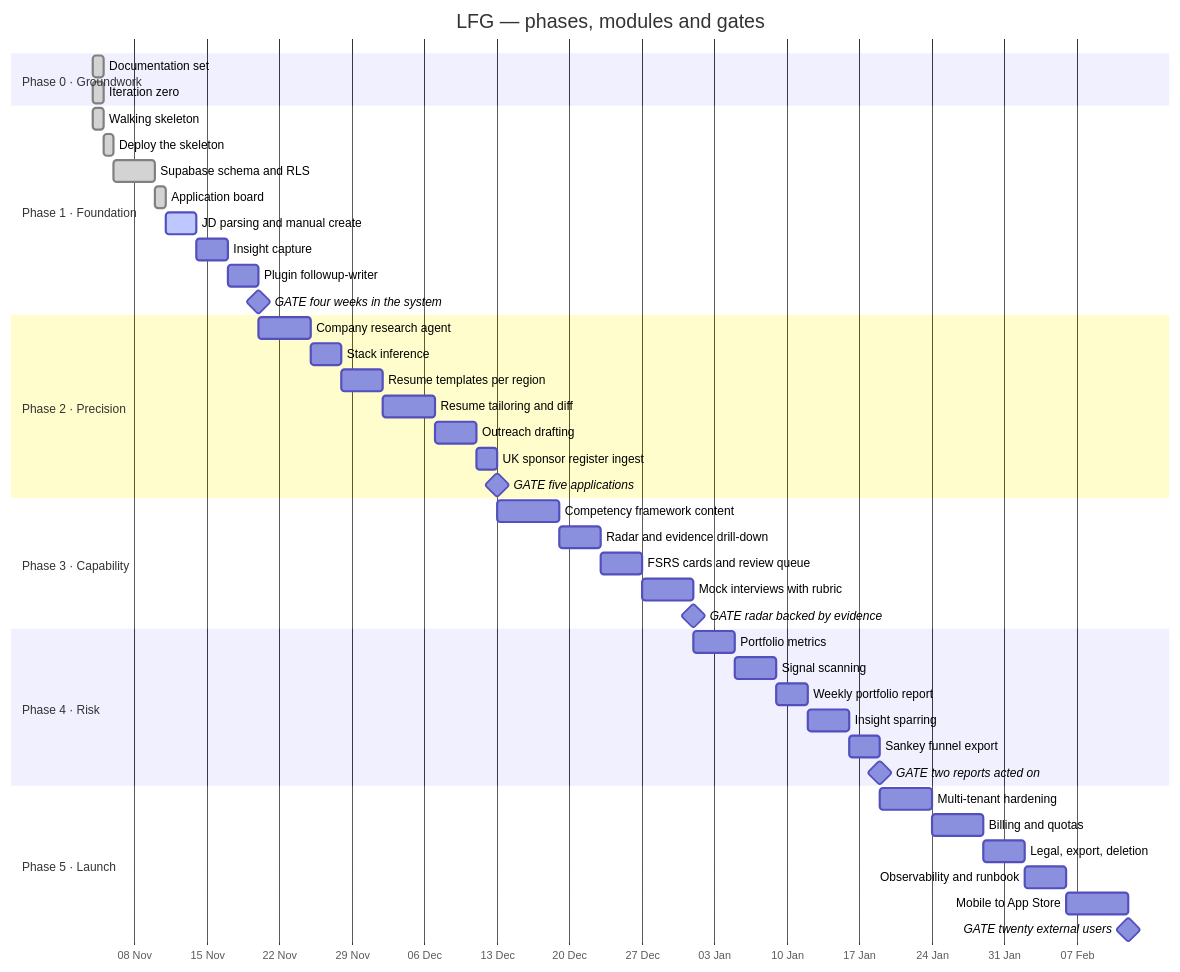
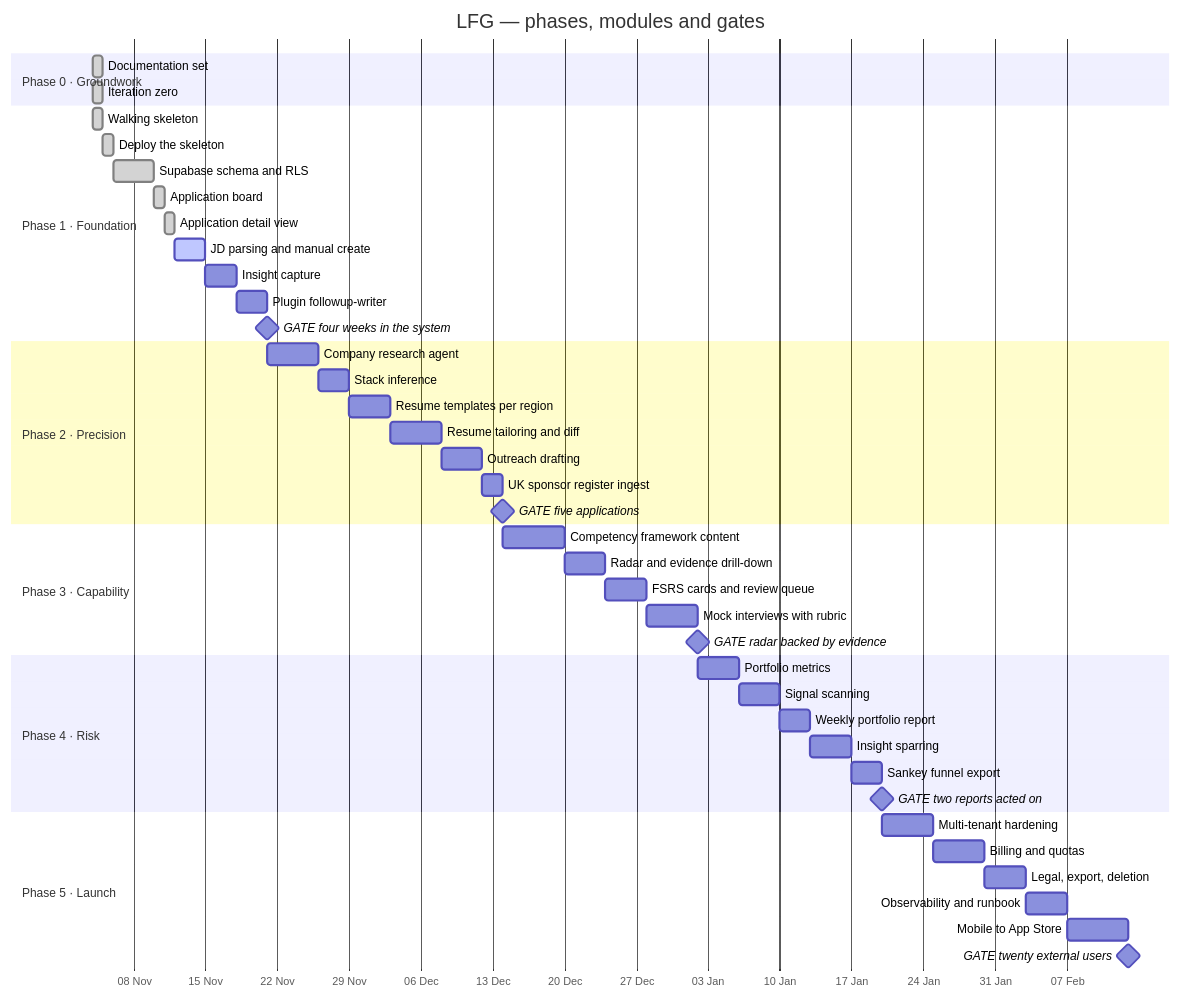
Before and after one commit to menomemo/LFG: the diagram in docs/progress.md, drawn with Mermaid. The commit also changed other lines of this file and 2 other files, not shown here.

First line of the commit message:
docs(docs): record the detail view, and that it jumped the queue

````diff
--- a/docs/progress.md
+++ b/docs/progress.md
@@ -33,53 +33,54 @@
 ```mermaid
 gantt
   title LFG — phases, modules and gates
   dateFormat YYYY-MM-DD
   axisFormat %d %b
   todayMarker stroke-width:3px,stroke:#d33,opacity:0.5
 
   section Phase 0 · Groundwork
   Documentation set            :done,  d0, 2026-11-04, 1d
   Iteration zero               :done,  d1, 2026-11-04, 1d
 
   section Phase 1 · Foundation
   Walking skeleton             :done,   p1a, 2026-11-04, 1d
   Deploy the skeleton          :done,   p1a2, after p1a, 1d
   Supabase schema and RLS      :done,   p1b, after p1a2, 4d
   Application board            :done,   p1c, after p1b, 1d
-  JD parsing and manual create :active, p1d, after p1c, 3d
+  Application detail view      :done,   p1c2, after p1c, 1d
+  JD parsing and manual create :active, p1d, after p1c2, 3d
   Insight capture              :        p1e, after p1d, 3d
   Plugin followup-writer       :        p1f, after p1e, 3d
   GATE four weeks in the system :milestone, g1, after p1f, 0d
 
   section Phase 2 · Precision
   Company research agent       :        p2a, after g1, 5d
   Stack inference              :        p2b, after p2a, 3d
   Resume templates per region  :        p2c, after p2b, 4d
   Resume tailoring and diff    :        p2d, after p2c, 5d
   Outreach drafting            :        p2e, after p2d, 4d
   UK sponsor register ingest   :        p2f, after p2e, 2d
   GATE five applications       :milestone, g2, after p2f, 0d
 
   section Phase 3 · Capability
   Competency framework content :        p3a, after g2, 6d
   Radar and evidence drill-down :       p3b, after p3a, 4d
   FSRS cards and review queue  :        p3c, after p3b, 4d
   Mock interviews with rubric  :        p3d, after p3c, 5d
   GATE radar backed by evidence :milestone, g3, after p3d, 0d
 
   section Phase 4 · Risk
   Portfolio metrics            :        p4a, after g3, 4d
   Signal scanning              :        p4b, after p4a, 4d
   Weekly portfolio report      :        p4c, after p4b, 3d
   Insight sparring             :        p4d, after p4c, 4d
   Sankey funnel export         :        p4e, after p4d, 3d
   GATE two reports acted on    :milestone, g4, after p4e, 0d
 
   section Phase 5 · Launch
   Multi-tenant hardening       :        p5a, after g4, 5d
   Billing and quotas           :        p5b, after p5a, 5d
   Legal, export, deletion      :        p5c, after p5b, 4d
   Observability and runbook    :        p5d, after p5c, 4d
   Mobile to App Store          :        p5e, after p5d, 6d
   GATE twenty external users   :milestone, g5, after p5e, 0d
 ```
````
